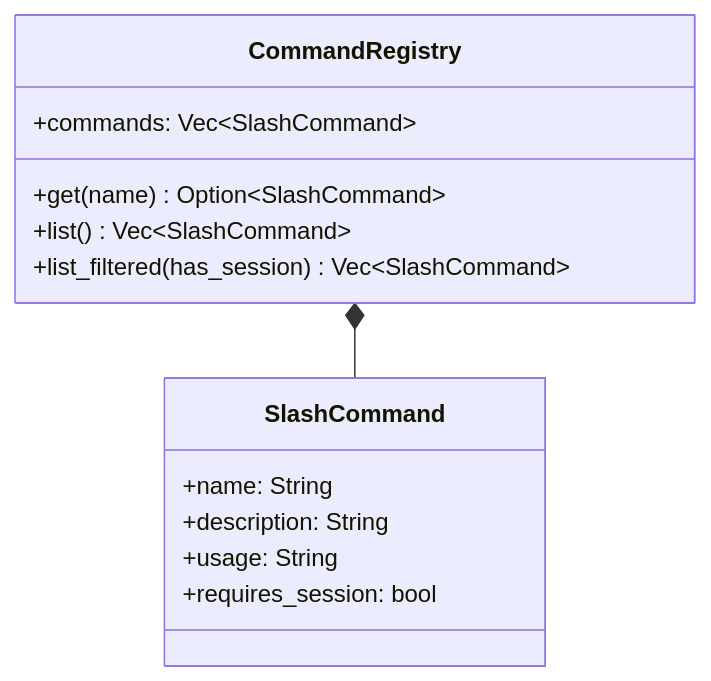
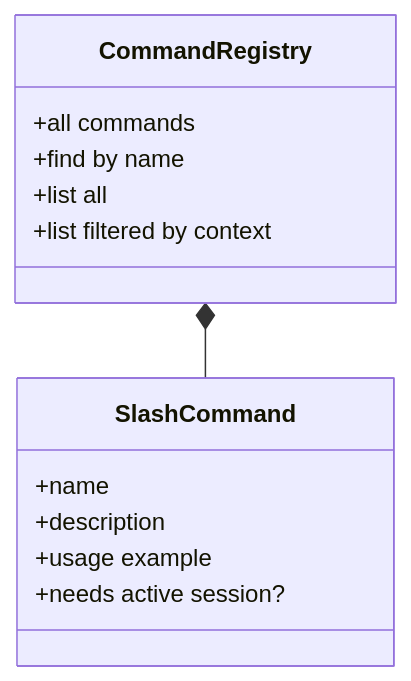
One commit to Luxshan2000/inside-claude-code changed the third of 4 diagrams in docs/14-slash-commands/README.md. Above: the diagram before and after it, drawn with Mermaid. The commit also changed other lines of this file and 12 other files, not shown here.

First line of the commit message:
Clean up: Remove code-specific references, keep pure architecture concepts

````diff
--- a/docs/14-slash-commands/README.md
+++ b/docs/14-slash-commands/README.md
@@ -122,18 +122,18 @@
 ```mermaid
 classDiagram
     class SlashCommand {
-        +name: String
-        +description: String
-        +usage: String
-        +requires_session: bool
+        +name
+        +description
+        +usage example
+        +needs active session?
     }
 
     class CommandRegistry {
-        +commands: Vec~SlashCommand~
-        +get(name) Option~SlashCommand~
-        +list() Vec~SlashCommand~
-        +list_filtered(has_session) Vec~SlashCommand~
+        +all commands
+        +find by name
+        +list all
+        +list filtered by context
     }
 
     CommandRegistry *-- SlashCommand
 ```
````
